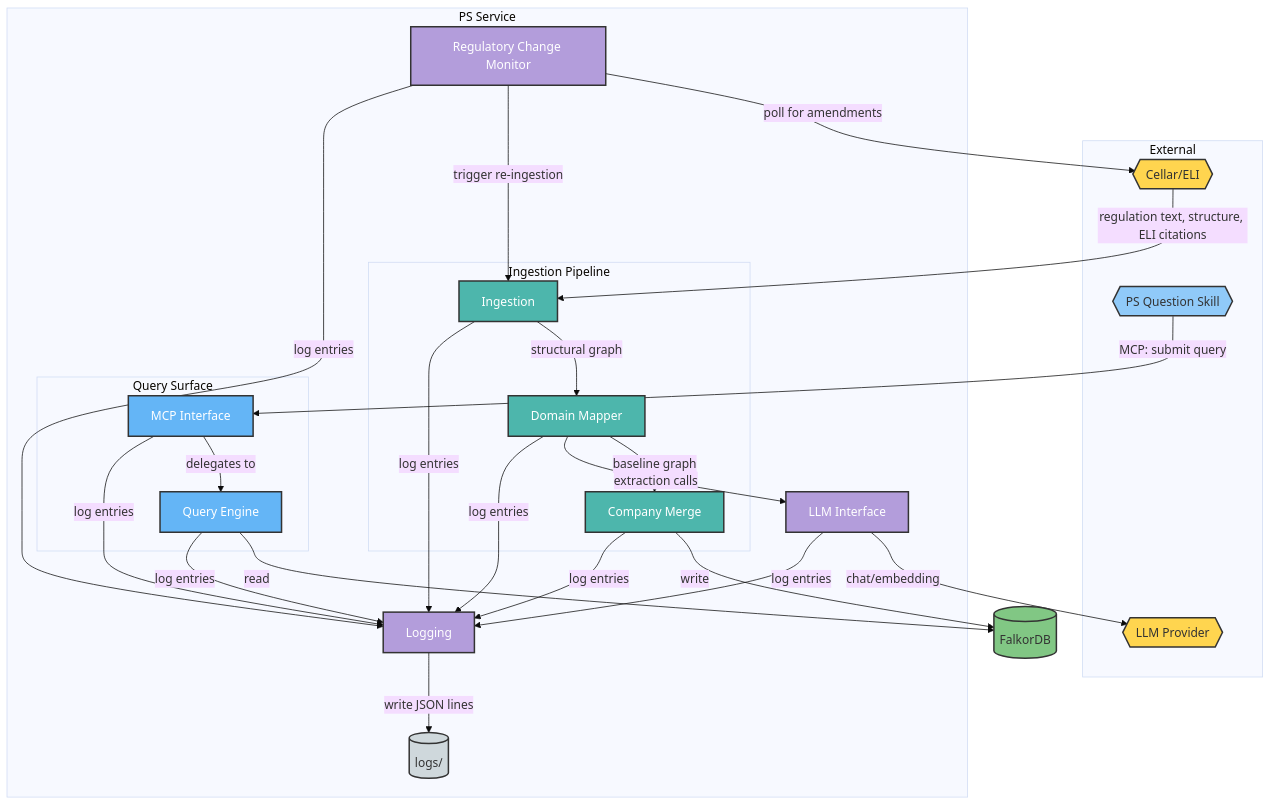
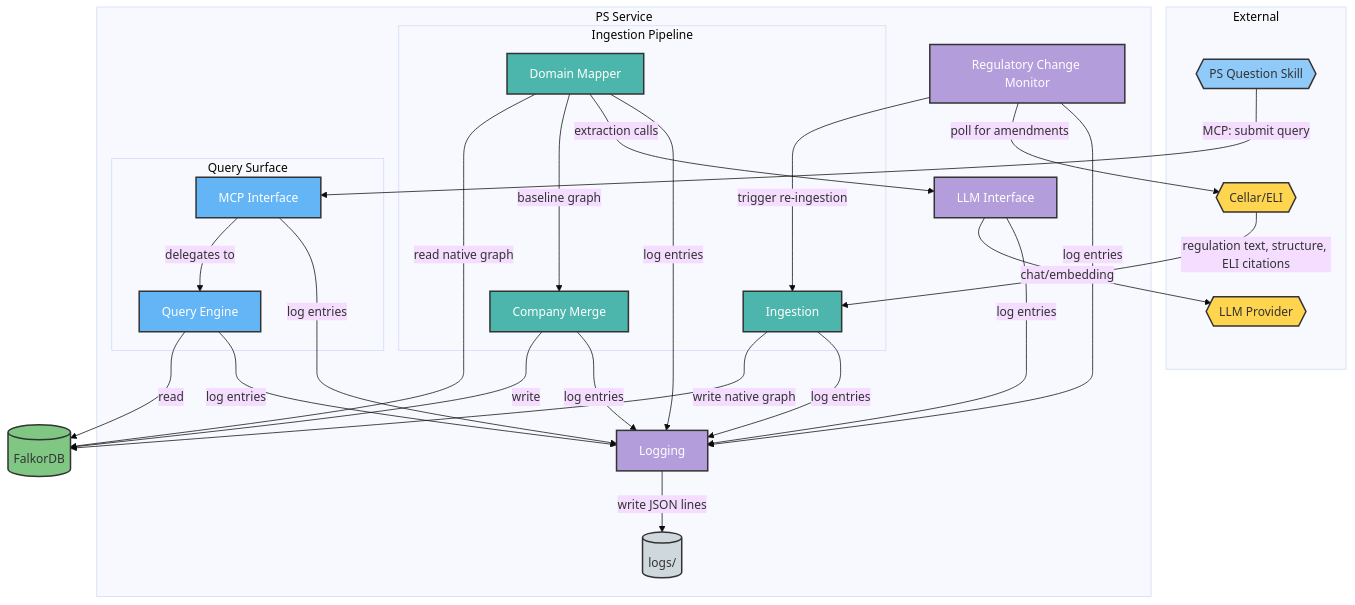
One commit to mindovermachine-dev/policy-system changed the first of 3 diagrams in docs/architecture/ps-service-container-architecture.md. Above: the diagram before and after it, drawn with Mermaid (base theme). The commit also changed other lines of this file and 2 other files, not shown here.

Commit message:
docs(fix): clarified ingestion and domain mapper conponents in ca. fixed inverted relationship bug in conceptual model.

````diff
--- a/docs/architecture/ps-service-container-architecture.md
+++ b/docs/architecture/ps-service-container-architecture.md
@@ -68,67 +68,68 @@
 ```mermaid
 graph TB
     subgraph External["External"]
         Cellar{{Cellar/ELI}}
         LLMProvider{{LLM Provider}}
         PSSkill{{PS Question Skill}}
     end
 
     subgraph PSService["PS Service"]
         subgraph Pipeline["Ingestion Pipeline"]
             Ingestion[Ingestion]
             DomainMapper[Domain Mapper]
             CompanyMerge[Company Merge]
         end
 
         subgraph QuerySurface["Query Surface"]
             QueryEngine[Query Engine]
             MCPInterface[MCP Interface]
         end
 
         ChangeMonitor[Regulatory Change Monitor]
         LLMInterface[LLM Interface]
         Logging[Logging]
         LogFiles[(logs/)]
     end
 
     FalkorDB[(FalkorDB)]
 
     Cellar -->|"regulation text, structure, ELI citations"| Ingestion
     ChangeMonitor -->|"poll for amendments"| Cellar
     ChangeMonitor -->|"trigger re-ingestion"| Ingestion
 
-    Ingestion -->|"structural graph"| DomainMapper
+    Ingestion -->|"write native graph"| FalkorDB
+    DomainMapper -->|"read native graph"| FalkorDB
     DomainMapper -->|"baseline graph"| CompanyMerge
     CompanyMerge -->|"write"| FalkorDB
 
     DomainMapper -->|"extraction calls"| LLMInterface
     LLMInterface -->|"chat/embedding"| LLMProvider
 
     QueryEngine -->|"read"| FalkorDB
     MCPInterface -->|"delegates to"| QueryEngine
     PSSkill -->|"MCP: submit query"| MCPInterface
 
     Ingestion -->|"log entries"| Logging
     DomainMapper -->|"log entries"| Logging
     CompanyMerge -->|"log entries"| Logging
     QueryEngine -->|"log entries"| Logging
     MCPInterface -->|"log entries"| Logging
     ChangeMonitor -->|"log entries"| Logging
     LLMInterface -->|"log entries"| Logging
     Logging -->|"write JSON lines"| LogFiles
 
     style Cellar fill:#FFD54F,stroke:#333,stroke-width:2px,color:#333
     style LLMProvider fill:#FFD54F,stroke:#333,stroke-width:2px,color:#333
     style PSSkill fill:#90CAF9,stroke:#333,stroke-width:2px,color:#333
     style FalkorDB fill:#81C784,stroke:#333,stroke-width:2px,color:#333
     style LogFiles fill:#CFD8DC,stroke:#333,stroke-width:2px,color:#333
 
     style Ingestion fill:#4DB6AC,stroke:#333,stroke-width:2px,color:#FFFFFF
     style DomainMapper fill:#4DB6AC,stroke:#333,stroke-width:2px,color:#FFFFFF
     style CompanyMerge fill:#4DB6AC,stroke:#333,stroke-width:2px,color:#FFFFFF
     style QueryEngine fill:#64B5F6,stroke:#333,stroke-width:2px,color:#FFFFFF
     style MCPInterface fill:#64B5F6,stroke:#333,stroke-width:2px,color:#FFFFFF
     style ChangeMonitor fill:#B39DDB,stroke:#333,stroke-width:2px,color:#FFFFFF
     style LLMInterface fill:#B39DDB,stroke:#333,stroke-width:2px,color:#FFFFFF
     style Logging fill:#B39DDB,stroke:#333,stroke-width:2px,color:#FFFFFF
 ```
````
